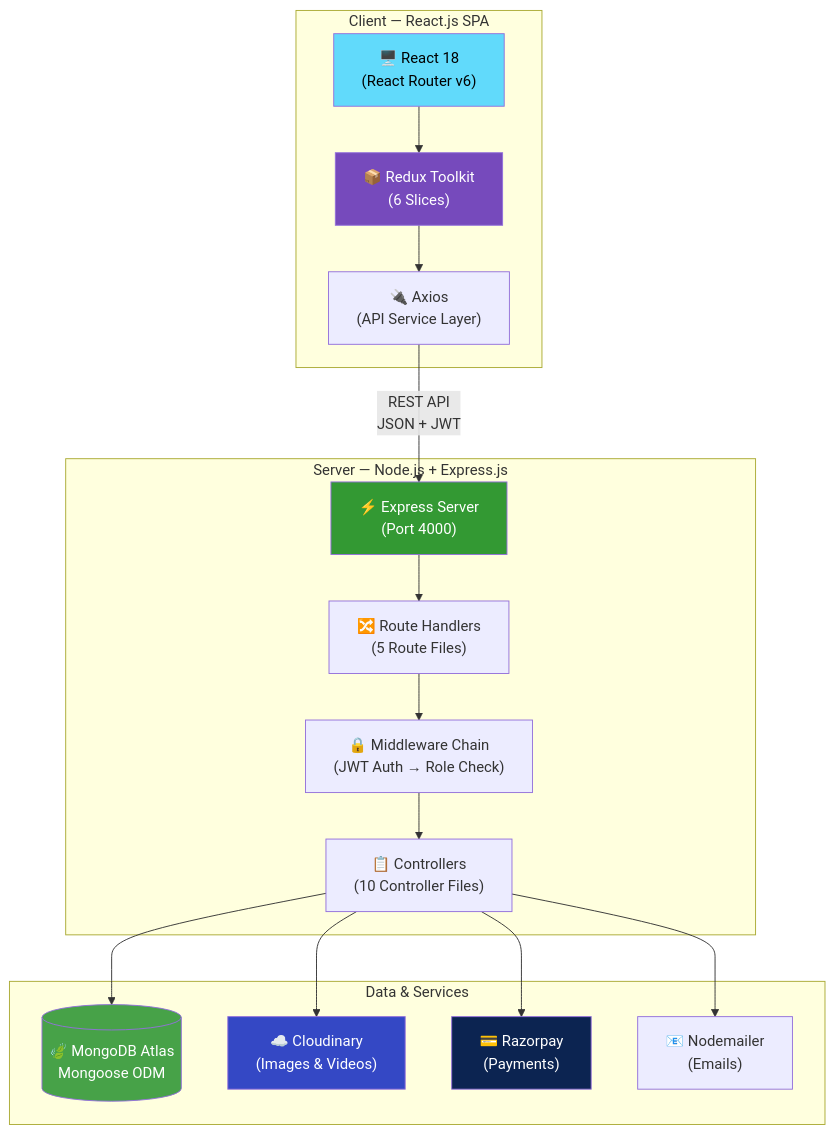
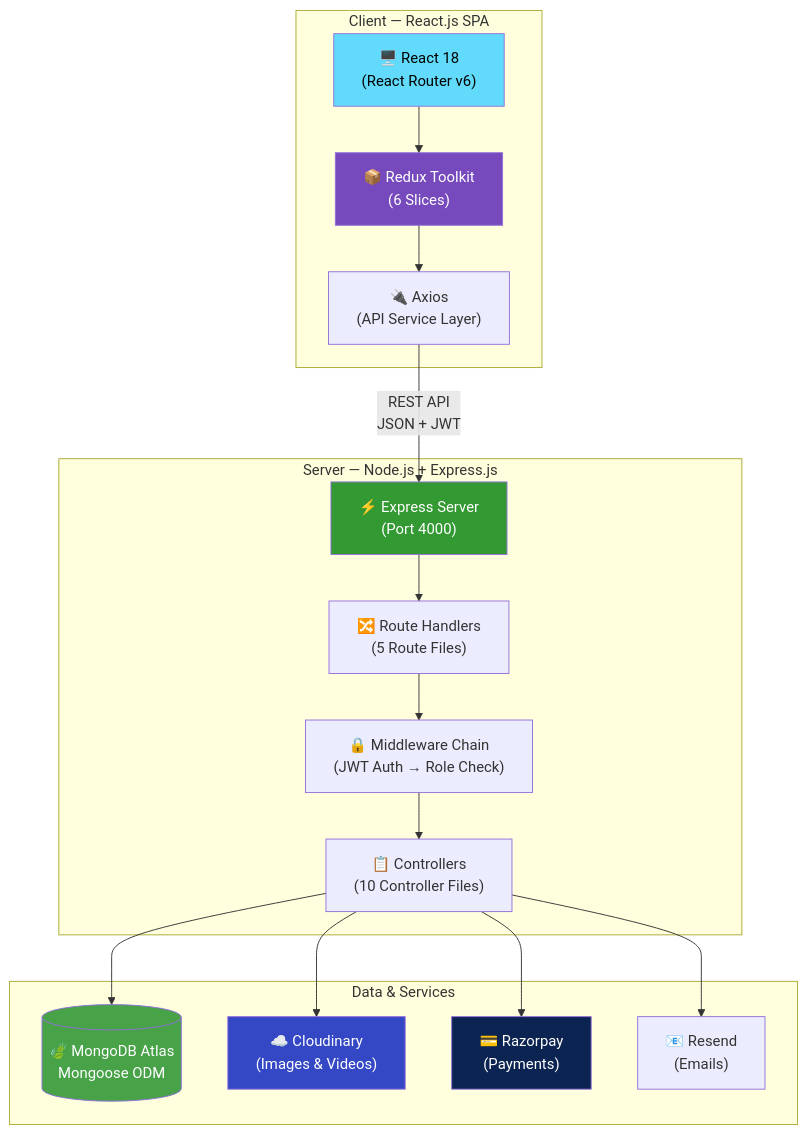
One commit to Gagan202005/StudyNotion1 changed the first of 7 diagrams in README.md. Above: the diagram before and after it, drawn with Mermaid. The commit also changed other lines of this file, not shown here.

Commit message:
Update README: migrate from Nodemailer to Resend

````diff
--- a/README.md
+++ b/README.md
@@ -71,37 +71,37 @@
 ```mermaid
 graph TB
     subgraph "Client — React.js SPA"
         A["🖥️ React 18<br/>(React Router v6)"]
         B["📦 Redux Toolkit<br/>(6 Slices)"]
         C["🔌 Axios<br/>(API Service Layer)"]
     end
 
     subgraph "Server — Node.js + Express.js"
         D["⚡ Express Server<br/>(Port 4000)"]
         E["🔀 Route Handlers<br/>(5 Route Files)"]
         F["🔒 Middleware Chain<br/>(JWT Auth → Role Check)"]
         G["📋 Controllers<br/>(10 Controller Files)"]
     end
 
     subgraph "Data & Services"
         H[("🍃 MongoDB Atlas<br/>Mongoose ODM")]
         I["☁️ Cloudinary<br/>(Images & Videos)"]
         J["💳 Razorpay<br/>(Payments)"]
-        K["📧 Nodemailer<br/>(Emails)"]
+        K["📧 Resend<br/>(Emails)"]
     end
 
     A --> B --> C
     C -- "REST API<br/>JSON + JWT" --> D
     D --> E --> F --> G
     G --> H
     G --> I
     G --> J
     G --> K
 
     style A fill:#61DAFB,color:#000
     style B fill:#764ABC,color:#fff
     style D fill:#339933,color:#fff
     style H fill:#47A248,color:#fff
     style I fill:#3448C5,color:#fff
     style J fill:#0C2451,color:#fff
 ```
````
